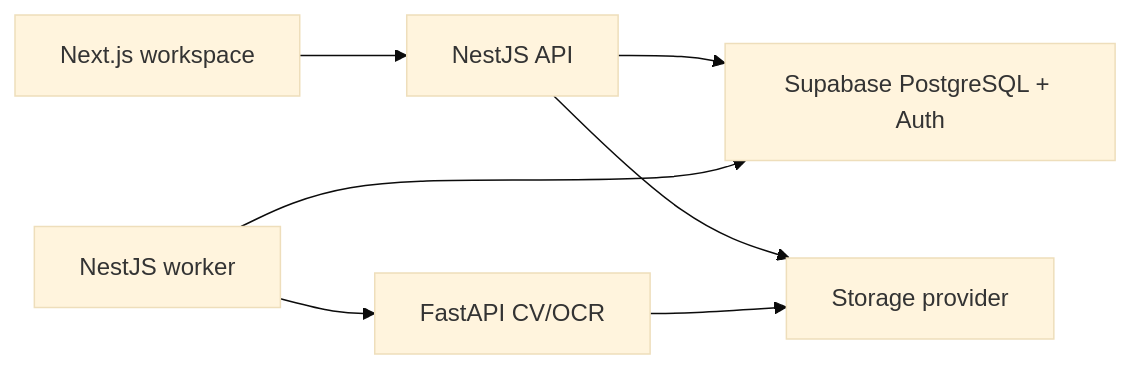
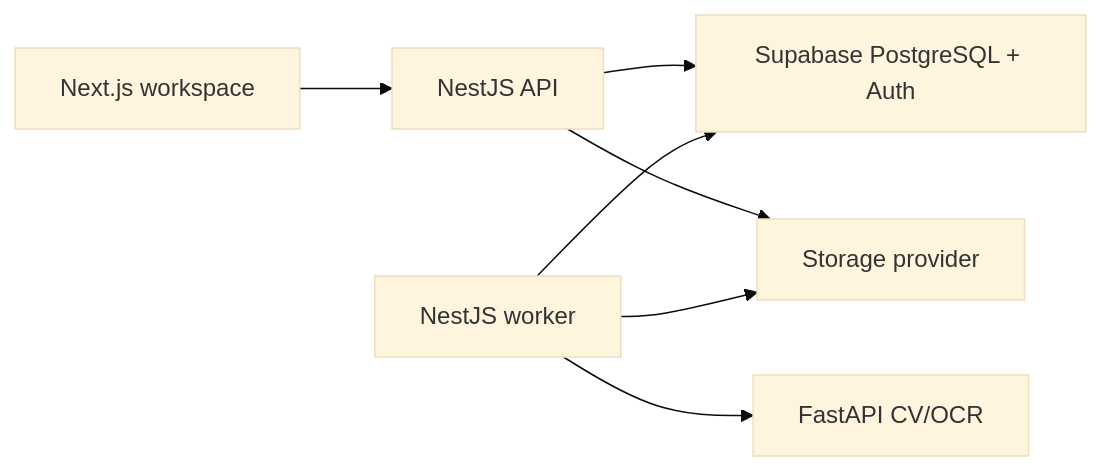
Before and after one commit to abdullahahsen05/plandelta-ai: the diagram in README.md, drawn with Mermaid (base theme). The commit also changed other lines of this file and 2 other files, not shown here.

````diff
--- a/README.md
+++ b/README.md
@@ -37,9 +38,9 @@
 ```mermaid
 flowchart LR
     Browser["Next.js workspace"] --> API["NestJS API"]
     API --> DB["Supabase PostgreSQL + Auth"]
     Worker["NestJS worker"] --> DB
     Worker --> Vision["FastAPI CV/OCR"]
     API --> Storage["Storage provider"]
-    Vision --> Storage
+    Worker --> Storage
 ```
````
